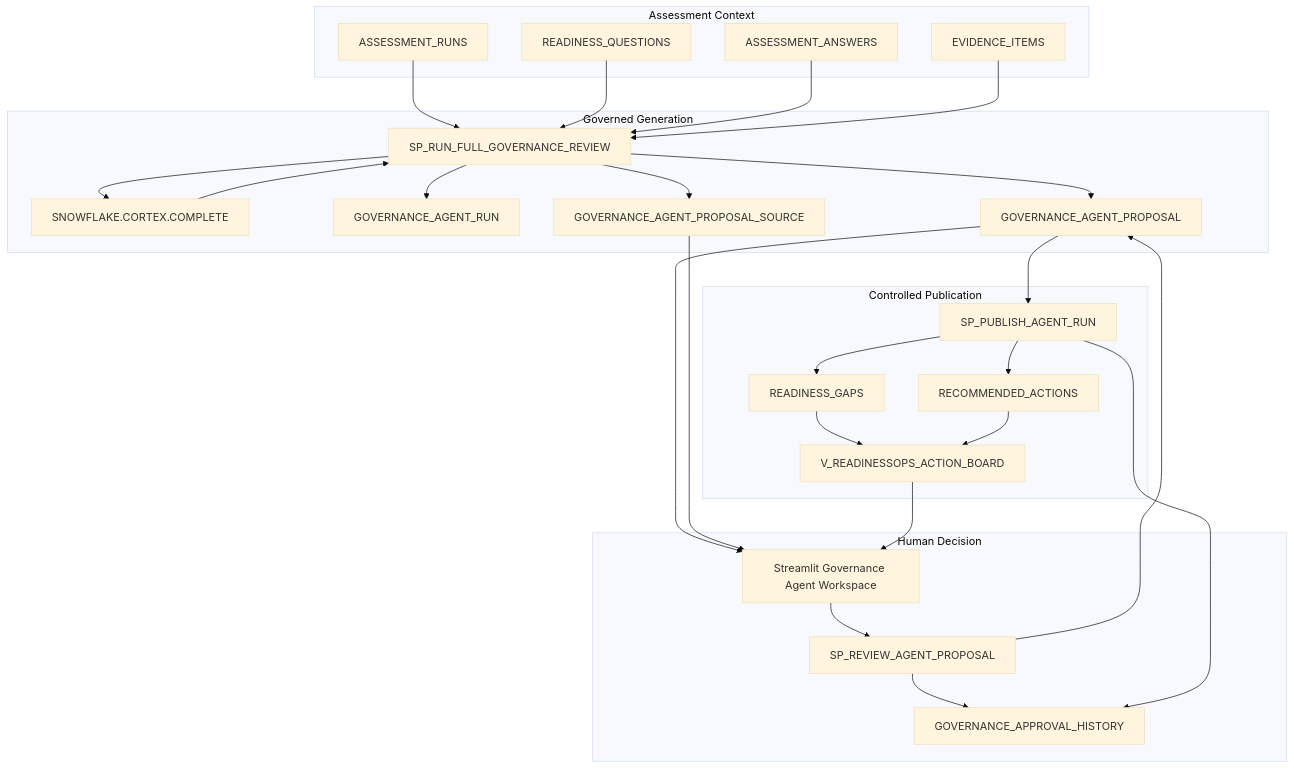
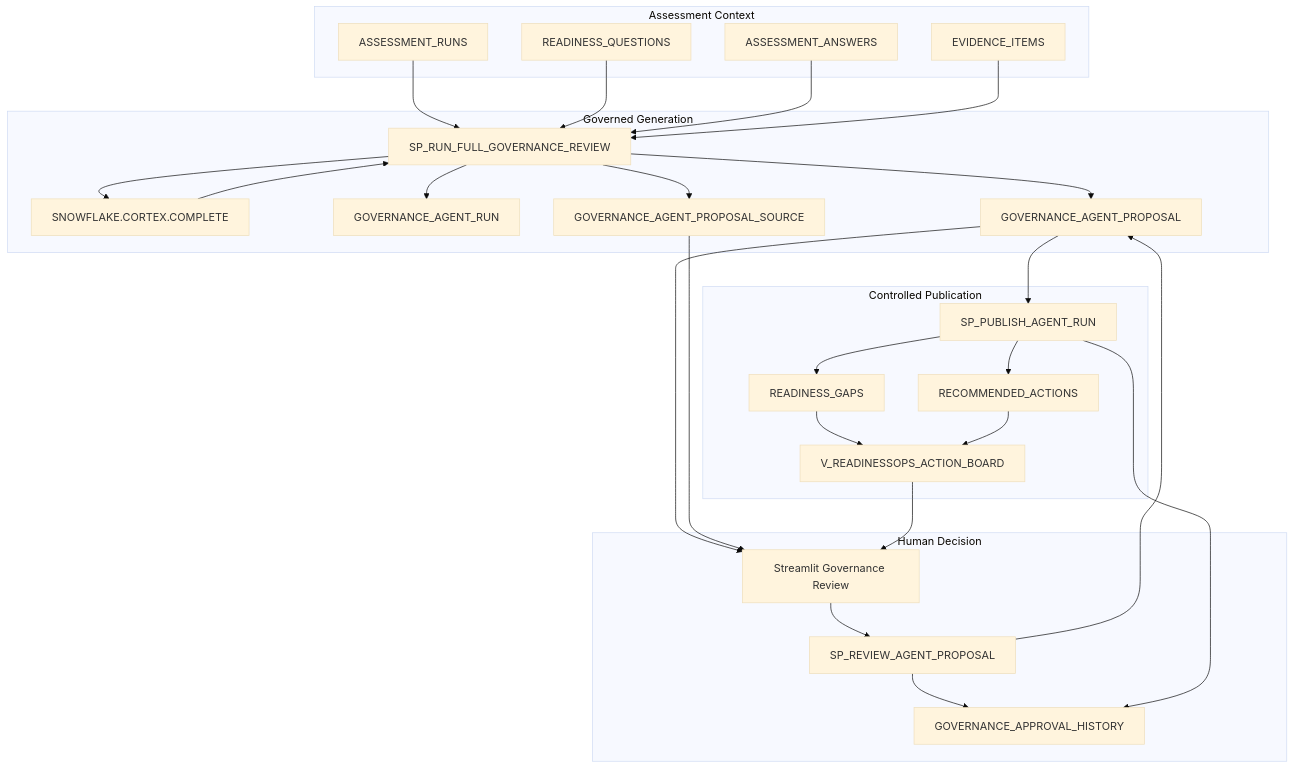
Before and after one commit to solidfdn/solifan-readinessops: the first of 2 diagrams in docs/architecture.md, drawn with Mermaid (base theme). The commit also changed other lines of this file and 16 other files, not shown here.

````diff
--- a/docs/architecture.md
+++ b/docs/architecture.md
@@ -11,54 +17,56 @@
 ```mermaid
 flowchart TD
     subgraph Assessment Context
         AR[ASSESSMENT_RUNS]
         RQ[READINESS_QUESTIONS]
         AA[ASSESSMENT_ANSWERS]
         EI[EVIDENCE_ITEMS]
     end
 
     subgraph Governed Generation
         SP1[SP_RUN_FULL_GOVERNANCE_REVIEW]
         CX[SNOWFLAKE.CORTEX.COMPLETE]
         GR[GOVERNANCE_AGENT_RUN]
         GP[GOVERNANCE_AGENT_PROPOSAL]
         GS[GOVERNANCE_AGENT_PROPOSAL_SOURCE]
     end
 
     subgraph Human Decision
-        ST[Streamlit Governance Agent Workspace]
+        ST[Streamlit Governance Review]
         SP2[SP_REVIEW_AGENT_PROPOSAL]
         AH[GOVERNANCE_APPROVAL_HISTORY]
     end
 
     subgraph Controlled Publication
         SP3[SP_PUBLISH_AGENT_RUN]
         RG[READINESS_GAPS]
         RA[RECOMMENDED_ACTIONS]
         VW[V_READINESSOPS_ACTION_BOARD]
     end
 
     AR --> SP1
     RQ --> SP1
     AA --> SP1
     EI --> SP1
+
     SP1 --> CX
     CX --> SP1
     SP1 --> GR
     SP1 --> GP
     SP1 --> GS
 
     GP --> ST
     GS --> ST
     ST --> SP2
     SP2 --> GP
     SP2 --> AH
 
     GP --> SP3
     SP3 --> RG
     SP3 --> RA
     SP3 --> AH
+
     RG --> VW
     RA --> VW
     VW --> ST
 ```
````
